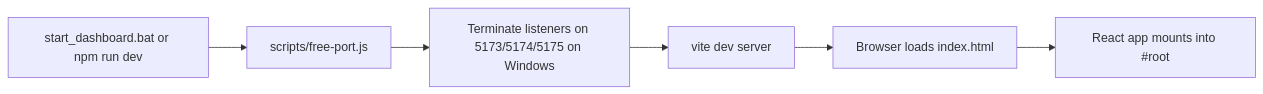
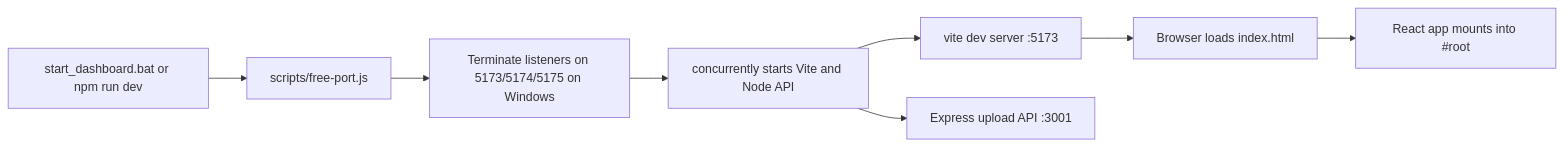
Before and after one commit to priyansupattanaik/FactoryOS: the second of 4 diagrams in PROJECT_DOCUMENTATION.md, drawn with Mermaid. The commit also changed other lines of this file and 28 other files, not shown here.

````diff
--- a/PROJECT_DOCUMENTATION.md
+++ b/PROJECT_DOCUMENTATION.md
@@ -71,8 +88,10 @@
 ```mermaid
 flowchart LR
     A["start_dashboard.bat or npm run dev"] --> B["scripts/free-port.js"]
     B --> C["Terminate listeners on 5173/5174/5175 on Windows"]
-    C --> D["vite dev server"]
-    D --> E["Browser loads index.html"]
-    E --> F["React app mounts into #root"]
+    C --> D["concurrently starts Vite and Node API"]
+    D --> E["vite dev server :5173"]
+    D --> F["Express upload API :3001"]
+    E --> G["Browser loads index.html"]
+    G --> H["React app mounts into #root"]
 ```
````
